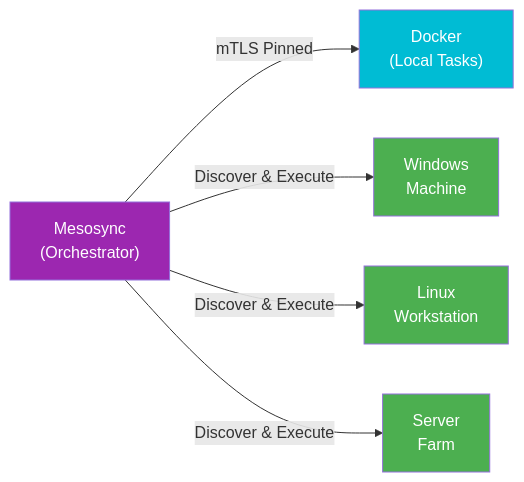
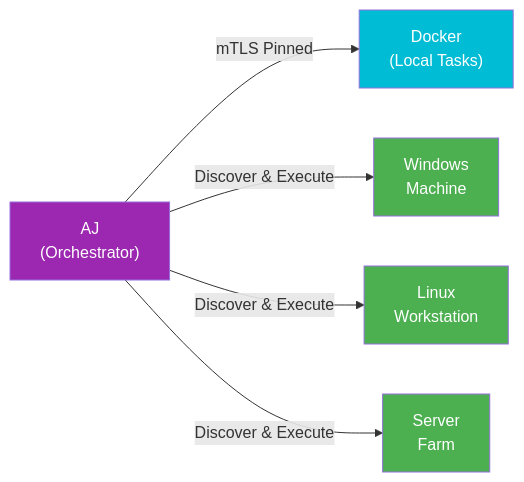
One commit to ianwesterfield/aj.westerfield.cloud changed the fourth of 7 diagrams in README.md. Above: the diagram before and after it, drawn with Mermaid. The commit also changed other lines of this file and 56 other files, not shown here.

````diff
--- a/README.md
+++ b/README.md
@@ -189,19 +189,19 @@
 ```mermaid
 graph LR
-    M["Mesosync<br/>(Orchestrator)"]
+    M["AJ<br/>(Orchestrator)"]
     D["Docker<br/>(Local Tasks)"]
     W1["Windows<br/>Machine"]
     L1["Linux<br/>Workstation"]
     S1["Server<br/>Farm"]
 
     M -->|"mTLS Pinned"| D
     M -->|"Discover & Execute"| W1
     M -->|"Discover & Execute"| L1
     M -->|"Discover & Execute"| S1
 
     style M fill:#9C27B0,color:#fff
     style D fill:#00BCD4,color:#fff
     style W1 fill:#4CAF50,color:#fff
     style L1 fill:#4CAF50,color:#fff
     style S1 fill:#4CAF50,color:#fff
 ```
````
